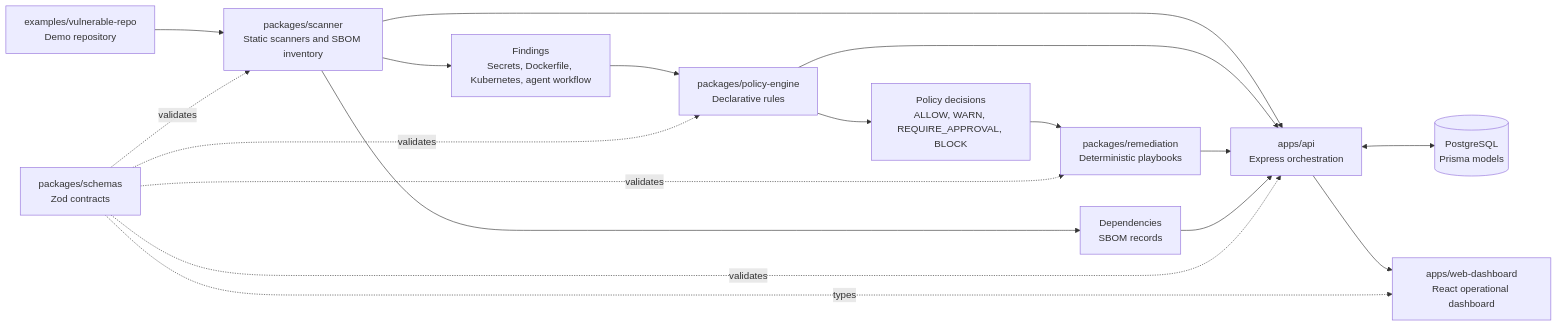
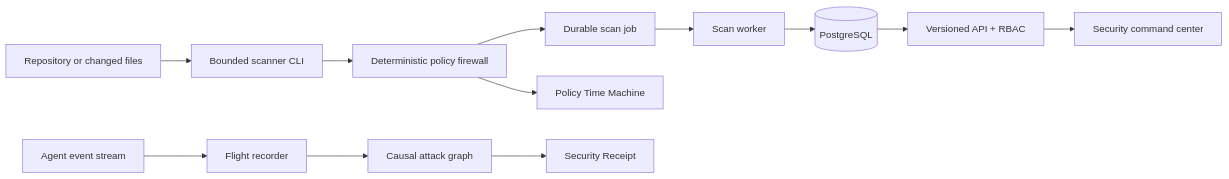
The diagram in README.md (sam300705/Agentshield), drawn with Mermaid before and after one commit. The commit also changed other lines of this file and 78 other files, not shown here.

````diff
--- a/README.md
+++ b/README.md
@@ -40,20 +28,14 @@
 ```mermaid
 flowchart LR
-  Target["examples/vulnerable-repo<br/>Demo repository"] --> Scanner["packages/scanner<br/>Static scanners and SBOM inventory"]
-  Scanner --> Findings["Findings<br/>Secrets, Dockerfile, Kubernetes, agent workflow"]
-  Scanner --> Dependencies["Dependencies<br/>SBOM records"]
-  Findings --> Policy["packages/policy-engine<br/>Declarative rules"]
-  Policy --> Decisions["Policy decisions<br/>ALLOW, WARN, REQUIRE_APPROVAL, BLOCK"]
-  Decisions --> Remediation["packages/remediation<br/>Deterministic playbooks"]
-  Scanner --> API["apps/api<br/>Express orchestration"]
-  Policy --> API
-  Remediation --> API
-  Dependencies --> API
-  API <--> Database[("PostgreSQL<br/>Prisma models")]
-  API --> Dashboard["apps/web-dashboard<br/>React operational dashboard"]
-  Schemas["packages/schemas<br/>Zod contracts"] -. validates .-> Scanner
-  Schemas -. validates .-> Policy
-  Schemas -. validates .-> Remediation
-  Schemas -. validates .-> API
-  Schemas -. types .-> Dashboard
+  Repo["Repository or changed files"] --> CLI["Bounded scanner CLI"]
+  Agent["Agent event stream"] --> Recorder["Flight recorder"]
+  CLI --> Policy["Deterministic policy firewall"]
+  Recorder --> Graph["Causal attack graph"]
+  Policy --> Queue["Durable scan job"]
+  Queue --> Worker["Scan worker"]
+  Worker --> DB[("PostgreSQL")]
+  DB --> API["Versioned API + RBAC"]
+  API --> Console["Security command center"]
+  Policy --> TimeMachine["Policy Time Machine"]
+  Graph --> Receipt["Security Receipt"]
 ```
````
